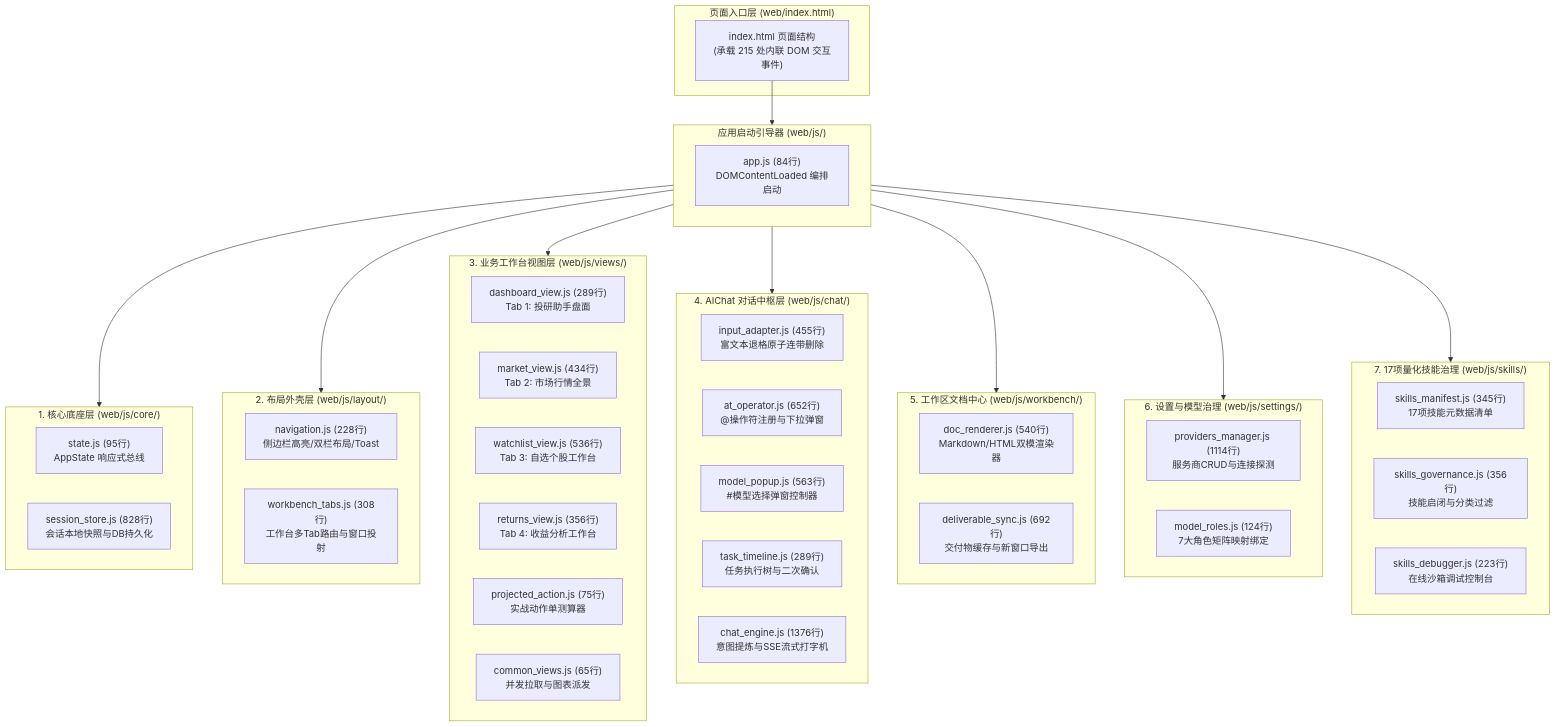
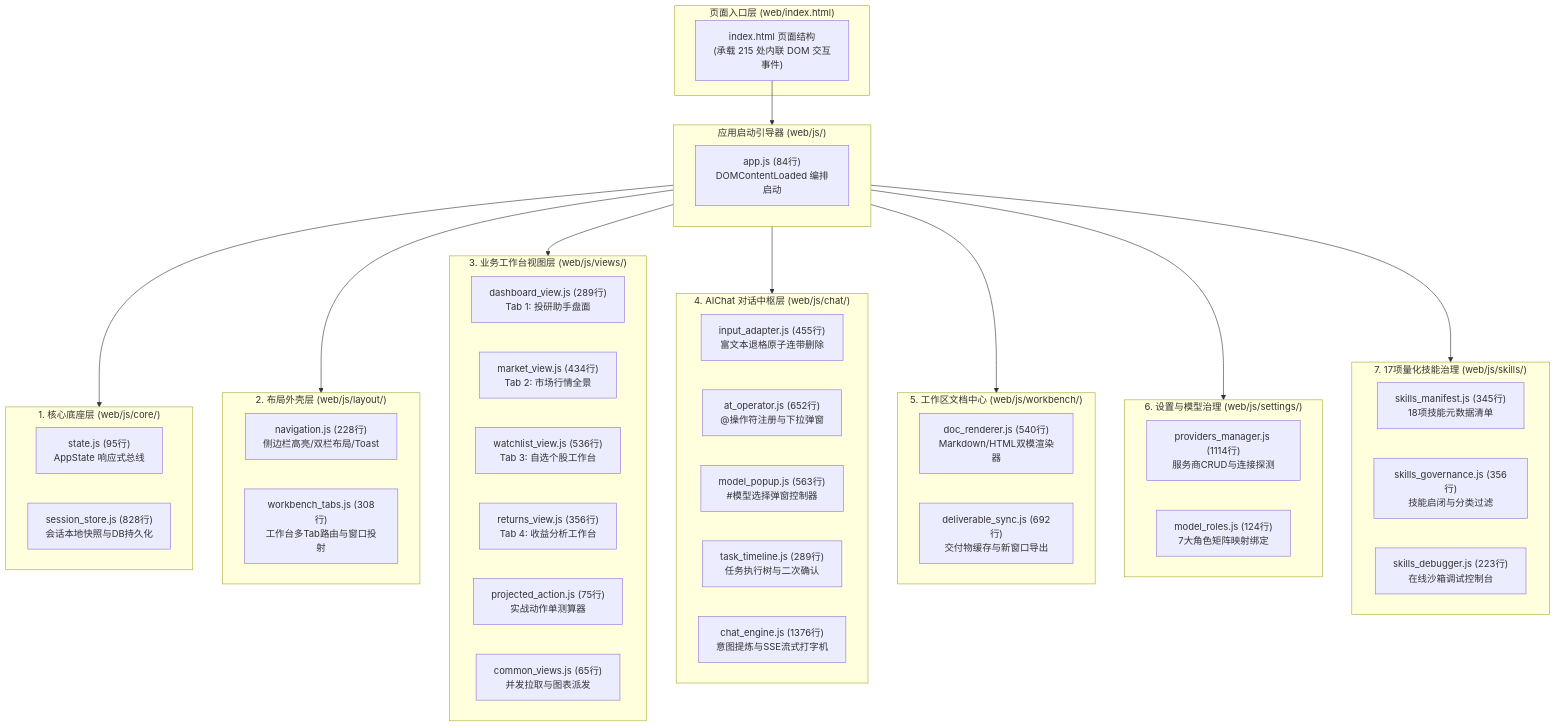
One commit to cvdnn/a_stock_agents changed the first of 2 diagrams in docs/guidelines/app-js-modularization-guide.md. Above: the diagram before and after it, drawn with Mermaid. The commit also changed other lines of this file and 62 other files, not shown here.

````diff
--- a/docs/guidelines/app-js-modularization-guide.md
+++ b/docs/guidelines/app-js-modularization-guide.md
@@ -38,62 +38,62 @@
 ```mermaid
 flowchart TB
     subgraph ClientShell["页面入口层 (web/index.html)"]
         HTML["index.html 页面结构\n(承载 215 处内联 DOM 交互事件)"]
     end
 
     subgraph CoreLayer["1. 核心底座层 (web/js/core/)"]
         State["state.js (95行)\nAppState 响应式总线"]
         Store["session_store.js (828行)\n会话本地快照与DB持久化"]
     end
 
     subgraph LayoutLayer["2. 布局外壳层 (web/js/layout/)"]
         Nav["navigation.js (228行)\n侧边栏高亮/双栏布局/Toast"]
         Tabs["workbench_tabs.js (308行)\n工作台多Tab路由与窗口投射"]
     end
 
     subgraph ViewsLayer["3. 业务工作台视图层 (web/js/views/)"]
         V_Dash["dashboard_view.js (289行)\nTab 1: 投研助手盘面"]
         V_Mkt["market_view.js (434行)\nTab 2: 市场行情全景"]
         V_Watch["watchlist_view.js (536行)\nTab 3: 自选个股工作台"]
         V_Ret["returns_view.js (356行)\nTab 4: 收益分析工作台"]
         V_Act["projected_action.js (75行)\n实战动作单测算器"]
         V_Com["common_views.js (65行)\n并发拉取与图表派发"]
     end
 
     subgraph ChatLayer["4. AIChat 对话中枢层 (web/js/chat/)"]
         C_In["input_adapter.js (455行)\n富文本退格原子连带删除"]
         C_At["at_operator.js (652行)\n@操作符注册与下拉弹窗"]
         C_Mod["model_popup.js (563行)\n#模型选择弹窗控制器"]
         C_Tree["task_timeline.js (289行)\n任务执行树与二次确认"]
         C_Eng["chat_engine.js (1376行)\n意图提炼与SSE流式打字机"]
     end
 
     subgraph WorkbenchLayer["5. 工作区文档中心 (web/js/workbench/)"]
         W_Doc["doc_renderer.js (540行)\nMarkdown/HTML双模渲染器"]
         W_Sync["deliverable_sync.js (692行)\n交付物缓存与新窗口导出"]
     end
 
     subgraph SettingsLayer["6. 设置与模型治理 (web/js/settings/)"]
         S_Prov["providers_manager.js (1114行)\n服务商CRUD与连接探测"]
         S_Role["model_roles.js (124行)\n7大角色矩阵映射绑定"]
     end
 
     subgraph SkillsLayer["7. 17项量化技能治理 (web/js/skills/)"]
-        K_Man["skills_manifest.js (345行)\n17项技能元数据清单"]
+        K_Man["skills_manifest.js (345行)\n18项技能元数据清单"]
         K_Gov["skills_governance.js (356行)\n技能启闭与分类过滤"]
         K_Dbg["skills_debugger.js (223行)\n在线沙箱调试控制台"]
     end
 
     subgraph Bootstrap["应用启动引导器 (web/js/)"]
         App["app.js (84行)\nDOMContentLoaded 编排启动"]
     end
 
     HTML --> Bootstrap
     Bootstrap --> CoreLayer
     Bootstrap --> LayoutLayer
     Bootstrap --> ViewsLayer
     Bootstrap --> ChatLayer
     Bootstrap --> WorkbenchLayer
     Bootstrap --> SettingsLayer
     Bootstrap --> SkillsLayer
 ```
````
